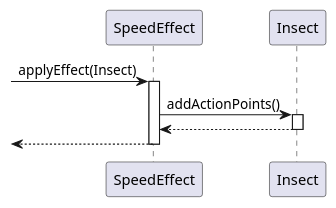
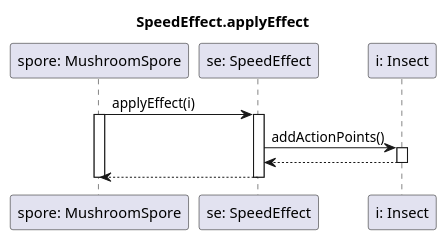
One commit to dzsem/projlab changed the diagram in diagrams/sequence/effects/speedeffect.plantuml. Above: the diagram before and after it, drawn with PlantUML. The commit also changed 3 other files, not shown here.

```diff
--- a/diagrams/sequence/effects/speedeffect.plantuml
+++ b/diagrams/sequence/effects/speedeffect.plantuml
@@ -1,24 +1,22 @@
 @startuml SpeedEffect
+title SpeedEffect.applyEffect
 
-participant "SpeedEffect" as effect
+participant "spore: MushroomSpore" as spore
+participant "se: SpeedEffect" as effect
+participant "i: Insect" as insect
 
-participant "Insect" as insect
-
-
-
-
--> effect : applyEffect(Insect)
+spore -> effect : applyEffect(i)
+activate spore
 activate effect
 
 effect->insect: addActionPoints()
 activate insect
 
 effect<--insect
 deactivate insect
 
-<--effect
+spore <--effect
 deactivate effect
-
-
+deactivate spore
 
 @enduml
```
